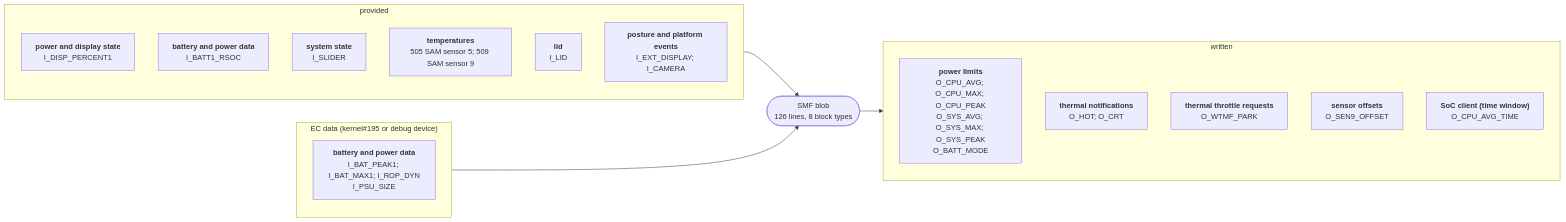
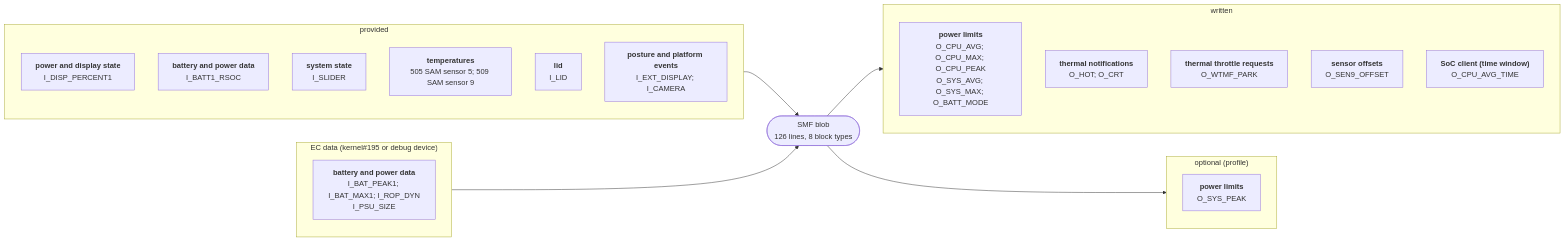
One commit to larsschellhas/linux-surface-power changed the diagram in docs/devices/surface-pro-7-plus.md. Above: the diagram before and after it, drawn with Mermaid. The commit also changed other lines of this file and 42 other files, not shown here.

````diff
--- a/docs/devices/surface-pro-7-plus.md
+++ b/docs/devices/surface-pro-7-plus.md
@@ -20,25 +20,29 @@
 ```mermaid
 flowchart LR
     subgraph IN0["provided"]
         I0_1FB53D4C["<b>power and display state</b><br/>I_DISP_PERCENT1"]
         I0_28B7BD85["<b>battery and power data</b><br/>I_BATT1_RSOC"]
         I0_2DD6960F["<b>system state</b><br/>I_SLIDER"]
         I0_2E8B14C2["<b>temperatures</b><br/>505 SAM sensor 5; 509 SAM sensor 9"]
         I0_5D0EE597["<b>lid</b><br/>I_LID"]
         I0_8060B17F["<b>posture and platform events</b><br/>I_EXT_DISPLAY; I_CAMERA"]
     end
     IN0 --> B
     subgraph IN1["EC data (kernel#195 or debug device)"]
         I1_28B7BD85["<b>battery and power data</b><br/>I_BAT_PEAK1; I_BAT_MAX1; I_ROP_DYN<br/>I_PSU_SIZE"]
     end
     IN1 --> B
     B(["SMF blob<br/>126 lines, 8 block types"])
     subgraph OUT0["written"]
-        O0_0B7B5350["<b>power limits</b><br/>O_CPU_AVG; O_CPU_MAX; O_CPU_PEAK<br/>O_SYS_AVG; O_SYS_MAX; O_SYS_PEAK<br/>O_BATT_MODE"]
+        O0_0B7B5350["<b>power limits</b><br/>O_CPU_AVG; O_CPU_MAX; O_CPU_PEAK<br/>O_SYS_AVG; O_SYS_MAX; O_BATT_MODE"]
         O0_110DF2A4["<b>thermal notifications</b><br/>O_HOT; O_CRT"]
         O0_9BBB8910["<b>thermal throttle requests</b><br/>O_WTMF_PARK"]
         O0_A79674B4["<b>sensor offsets</b><br/>O_SEN9_OFFSET"]
         O0_CF2F6076["<b>SoC client (time window)</b><br/>O_CPU_AVG_TIME"]
     end
     B --> OUT0
+    subgraph OUT1["optional (profile)"]
+        O1_0B7B5350["<b>power limits</b><br/>O_SYS_PEAK"]
+    end
+    B --> OUT1
 ```
````
